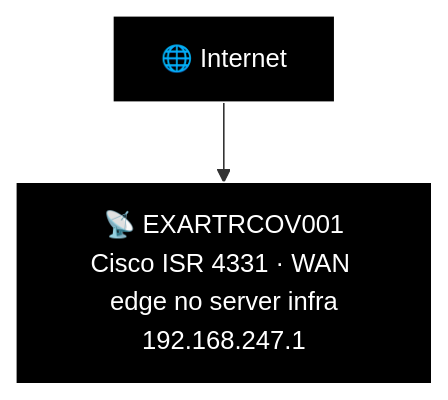
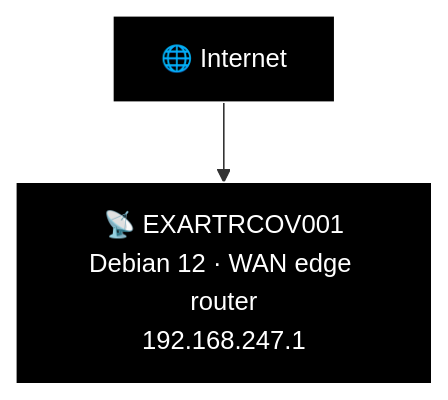
Diagram 25 of 27 in docs/network-diagram/england.md (knightmare2600/example_music_infra), drawn with Mermaid before and after one commit. The commit also changed other lines of this file and 9 other files, not shown here.

````diff
--- a/docs/network-diagram/england.md
+++ b/docs/network-diagram/england.md
@@ -1281,12 +1281,12 @@
 ```mermaid
 %% GENERATED:OLDNETWORK:COV:START
 %%{init: {'flowchart': {'curve': 'stepAfter'}}}%%
 graph TD
     O_INET["🌐 Internet"]
-    O_RTR["📡 EXARTRCOV001<br/>Cisco ISR 4331 · WAN edge no server infra<br/>192.168.247.1"]
+    O_RTR["📡 EXARTRCOV001<br/>Debian 12 · WAN edge router<br/>192.168.247.1"]
     O_INET --> O_RTR
 
     style O_INET fill:#000000,stroke:#FFFFFF,color:#FFFFFF
     style O_RTR fill:#000000,stroke:#FFFFFF,color:#FFFFFF
 %% GENERATED:OLDNETWORK:COV:END
 ```
````
